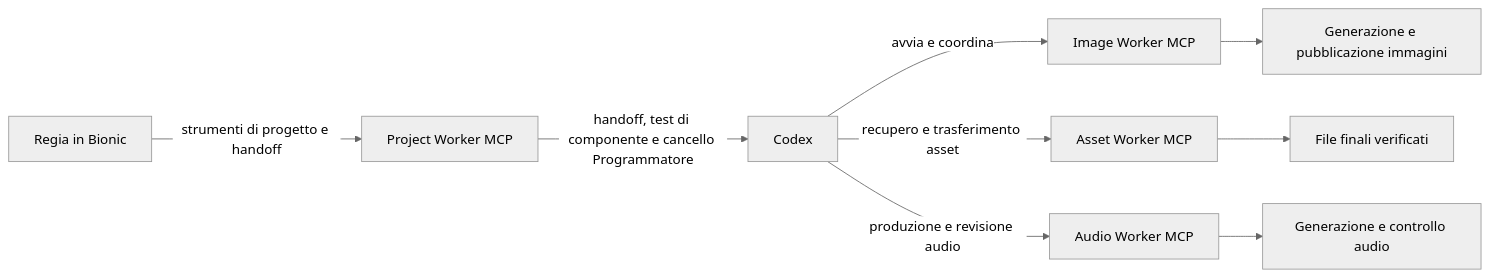
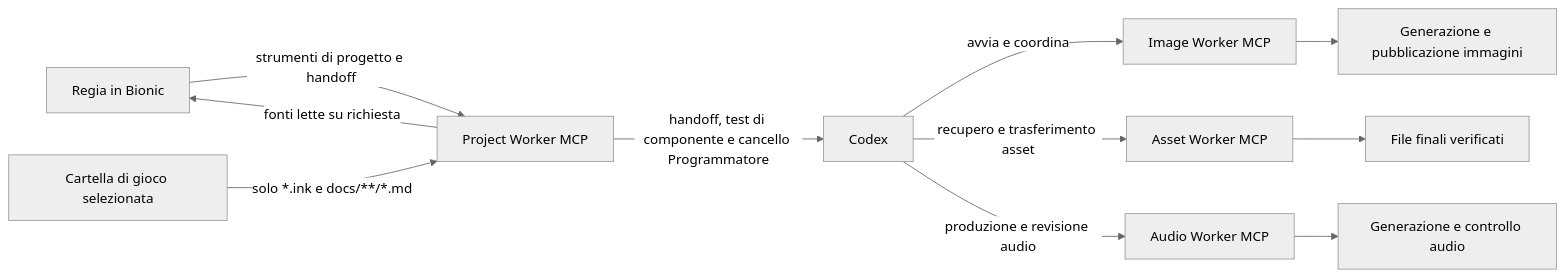
Before and after one commit to DRincs-Productions/LM-Studio: the ninth of 10 diagrams in README.md, drawn with Mermaid (neutral theme). The commit also changed other lines of this file and 10 other files, not shown here.

````diff
--- a/README.md
+++ b/README.md
@@ -312,11 +319,13 @@
 ```mermaid
 flowchart LR
     R[Regia in Bionic] -->|strumenti di progetto e handoff| PW[Project Worker MCP]
+    F[Cartella di gioco selezionata] -->|solo *.ink e docs/**/*.md| PW
+    PW -->|fonti lette su richiesta| R
     C[Codex] -->|avvia e coordina| IW[Image Worker MCP]
     C -->|recupero e trasferimento asset| AW[Asset Worker MCP]
     C -->|produzione e revisione audio| SW[Audio Worker MCP]
     PW -->|handoff, test di componente e cancello Programmatore| C
     IW --> IMG[Generazione e pubblicazione immagini]
     AW --> FILE[File finali verificati]
     SW --> AUDIO[Generazione e controllo audio]
 ```
````
